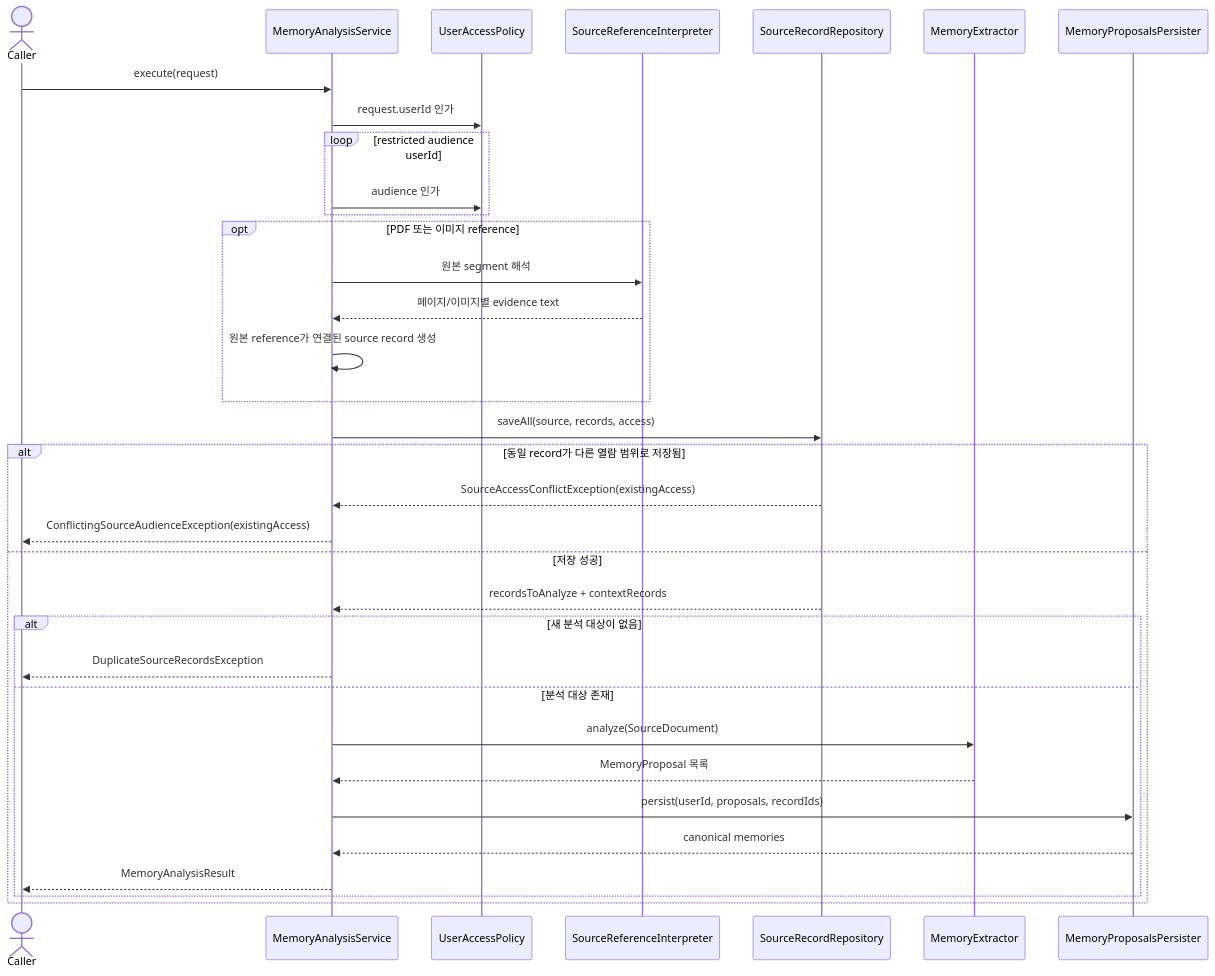
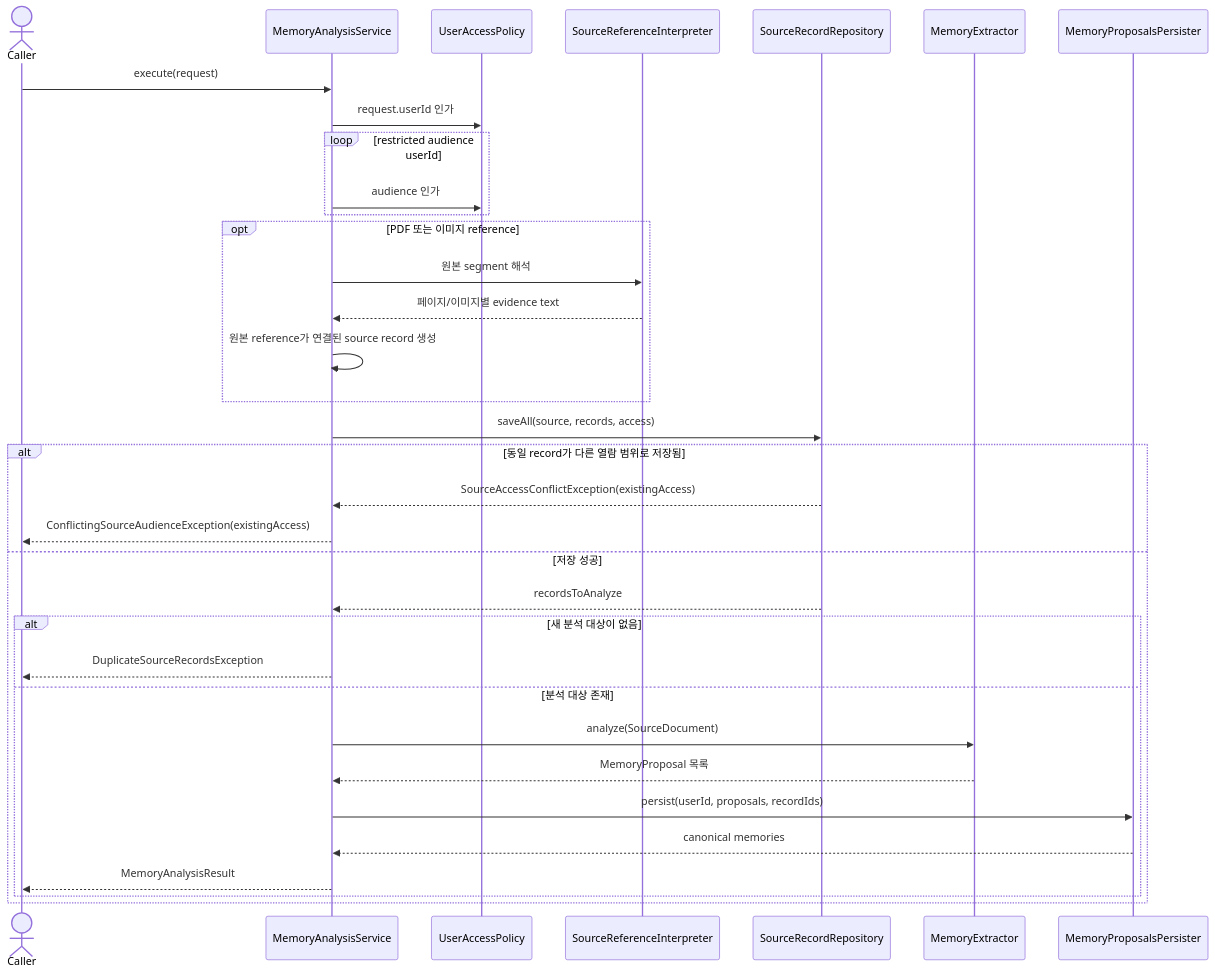
The diagram in application/src/main/kotlin/com/homeassistant/application/usecase/memory/analysis/README.md (magenta1223/home_assistant), drawn with Mermaid before and after one commit. The commit also changed 11 other files, not shown here.

Commit message:
Drop read-only context records from memory analysis

````diff
--- a/application/src/main/kotlin/com/homeassistant/application/usecase/memory/analysis/README.md
+++ b/application/src/main/kotlin/com/homeassistant/application/usecase/memory/analysis/README.md
@@ -17,37 +17,37 @@
 ```mermaid
 sequenceDiagram
     actor Caller
     participant Analysis as MemoryAnalysisService
     participant Access as UserAccessPolicy
     participant Reference as SourceReferenceInterpreter
     participant Sources as SourceRecordRepository
     participant Extractor as MemoryExtractor
     participant Persister as MemoryProposalsPersister
 
     Caller->>Analysis: execute(request)
     Analysis->>Access: request.userId 인가
     loop restricted audience userId
         Analysis->>Access: audience 인가
     end
     opt PDF 또는 이미지 reference
         Analysis->>Reference: 원본 segment 해석
         Reference-->>Analysis: 페이지/이미지별 evidence text
         Analysis->>Analysis: 원본 reference가 연결된 source record 생성
     end
     Analysis->>Sources: saveAll(source, records, access)
     alt 동일 record가 다른 열람 범위로 저장됨
         Sources-->>Analysis: SourceAccessConflictException(existingAccess)
         Analysis-->>Caller: ConflictingSourceAudienceException(existingAccess)
     else 저장 성공
-        Sources-->>Analysis: recordsToAnalyze + contextRecords
+        Sources-->>Analysis: recordsToAnalyze
         alt 새 분석 대상이 없음
             Analysis-->>Caller: DuplicateSourceRecordsException
         else 분석 대상 존재
             Analysis->>Extractor: analyze(SourceDocument)
             Extractor-->>Analysis: MemoryProposal 목록
             Analysis->>Persister: persist(userId, proposals, recordIds)
             Persister-->>Analysis: canonical memories
             Analysis-->>Caller: MemoryAnalysisResult
         end
     end
 ```
````
